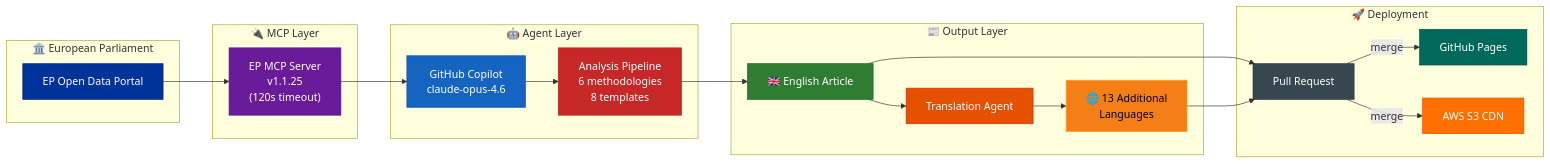
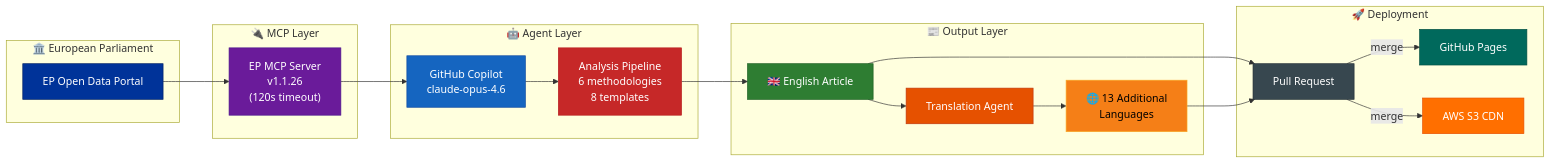
One commit to Hack23/euparliamentmonitor changed diagram 21 of 21 in WORKFLOWS.md. Above: the diagram before and after it, drawn with Mermaid. The commit also changed other lines of this file and 27 other files, not shown here.

````diff
--- a/WORKFLOWS.md
+++ b/WORKFLOWS.md
@@ -1746,42 +1746,42 @@
 ```mermaid
 flowchart LR
     subgraph "🏛️ European Parliament"
         EP["EP Open Data Portal"]
     end
 
     subgraph "🔌 MCP Layer"
-        MCP["EP MCP Server<br/>v1.1.25<br/>(120s timeout)"]
+        MCP["EP MCP Server<br/>v1.1.26<br/>(120s timeout)"]
     end
 
     subgraph "🤖 Agent Layer"
         Agent["GitHub Copilot<br/>claude-opus-4.6"]
         Analyze["Analysis Pipeline<br/>6 methodologies<br/>8 templates"]
     end
 
     subgraph "📰 Output Layer"
         EN["🇬🇧 English Article"]
         Translate["Translation Agent"]
         Multi["🌐 13 Additional<br/>Languages"]
     end
 
     subgraph "🚀 Deployment"
         PR["Pull Request"]
         Pages["GitHub Pages"]
         S3["AWS S3 CDN"]
     end
 
     EP --> MCP --> Agent --> Analyze --> EN --> PR
     EN --> Translate --> Multi --> PR
     PR --> |"merge"| Pages & S3
 
     style EP fill:#003399,stroke:#002266,color:#FFFFFF
     style MCP fill:#6A1B9A,stroke:#4A148C,color:#FFFFFF
     style Agent fill:#1565C0,stroke:#0D47A1,color:#FFFFFF
     style Analyze fill:#C62828,stroke:#B71C1C,color:#FFFFFF
     style EN fill:#2E7D32,stroke:#1B5E20,color:#FFFFFF
     style Translate fill:#E65100,stroke:#BF360C,color:#FFFFFF
     style Multi fill:#F57F17,stroke:#F9A825,color:#000000
     style PR fill:#37474F,stroke:#263238,color:#FFFFFF
     style Pages fill:#00695C,stroke:#004D40,color:#FFFFFF
     style S3 fill:#FF6F00,stroke:#E65100,color:#FFFFFF
 ```
````
